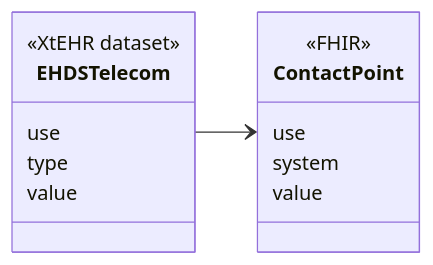
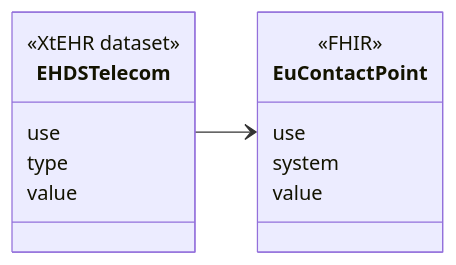
Before and after one commit to oijauregui/ehdsimaging: the diagram in input/intro-notes/ConceptMap-EHDSTelecomMap-intro.md, drawn with Mermaid. The commit also changed 138 other files, not shown here.

````diff
--- a/input/intro-notes/ConceptMap-EHDSTelecomMap-intro.md
+++ b/input/intro-notes/ConceptMap-EHDSTelecomMap-intro.md
@@ -5,19 +5,19 @@
 ```mermaid
 classDiagram
 direction LR
 class EHDSTelecom {
   <<XtEHR dataset>>
   use
   type
   value
 }
 link EHDSTelecom "https://build.fhir.org/ig/Xt-EHR/xt-ehr-common/StructureDefinition-EHDSTelecom.html"
-class ContactPoint{
+class EuContactPoint{
   <<FHIR>>
   use
   system
   value
 }
 
-EHDSTelecom --> ContactPoint
+EHDSTelecom --> EuContactPoint
 ```
````
